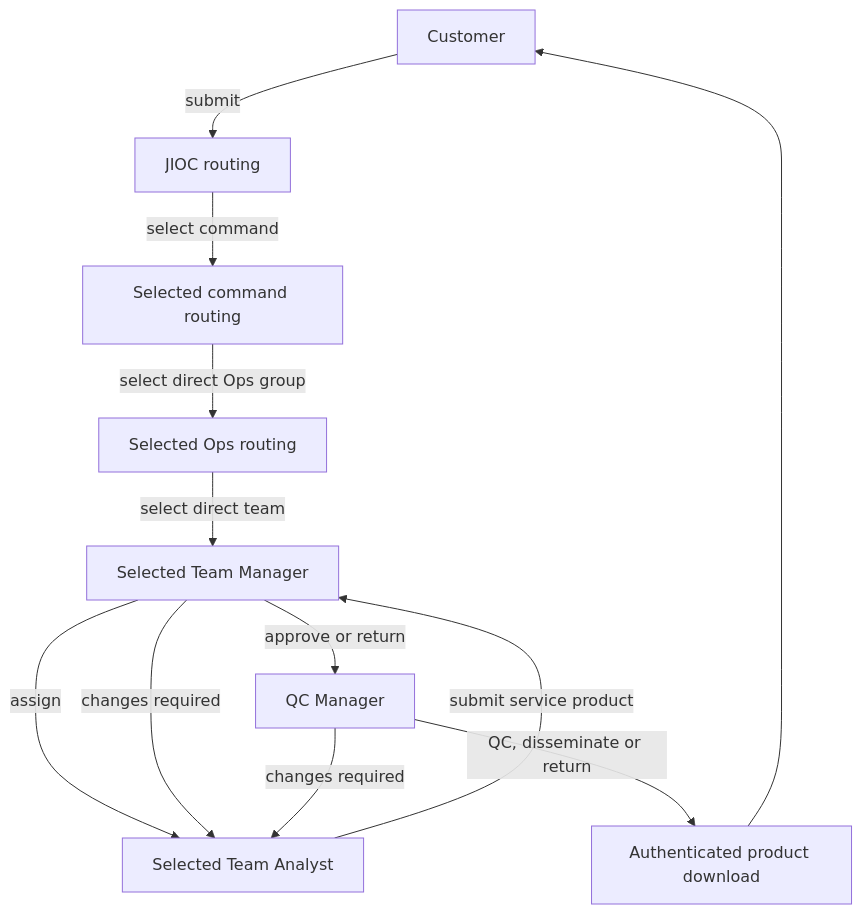
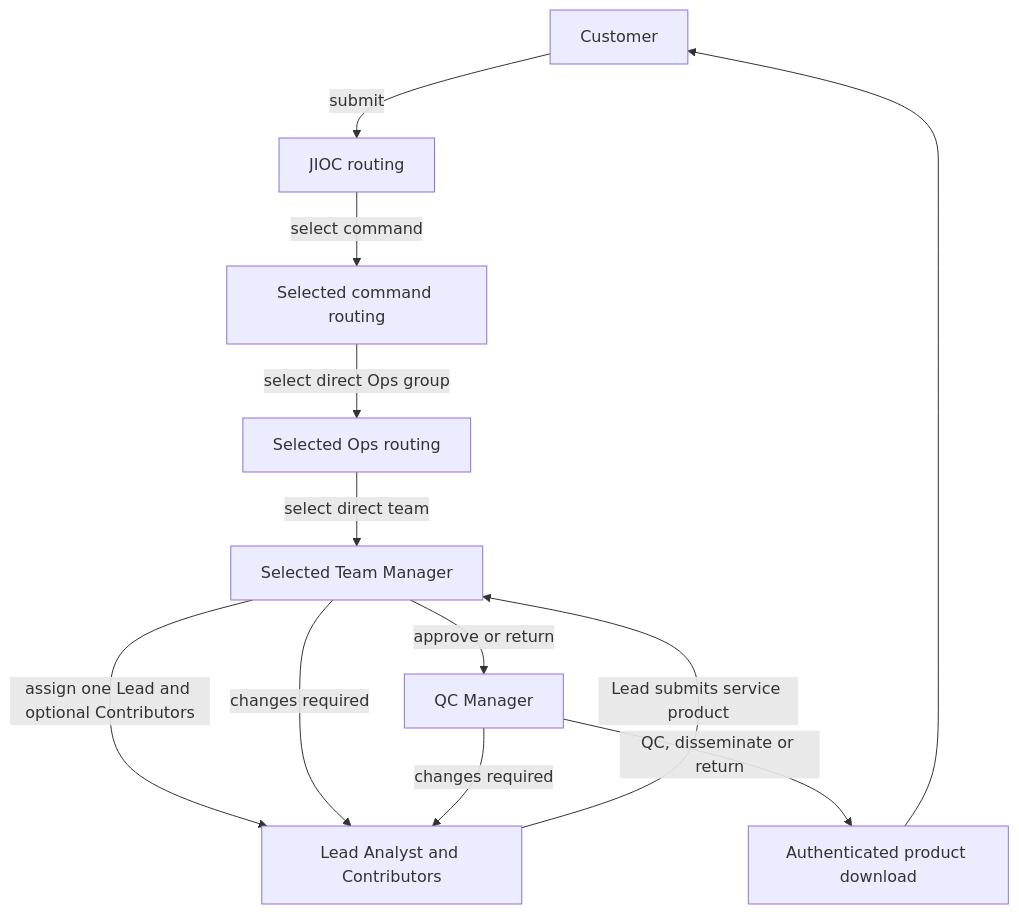
Before and after one commit to ShabalalaWATP/Reon: the diagram in docs/architecture/ORGANISATION_AND_ROUTING.md, drawn with Mermaid. The commit also changed other lines of this file and 280 other files, not shown here.

````diff
--- a/docs/architecture/ORGANISATION_AND_ROUTING.md
+++ b/docs/architecture/ORGANISATION_AND_ROUTING.md
@@ -9,23 +9,23 @@
 ```mermaid
 flowchart TD
   Customer["Customer"]
   JIOC["JIOC routing"]
   Command["Selected command routing"]
   Ops["Selected Ops routing"]
   Manager["Selected Team Manager"]
-  Analyst["Selected Team Analyst"]
+  Analysts["Lead Analyst and Contributors"]
   QC["QC Manager"]
   Link["Authenticated product download"]
 
   Customer -->|"submit"| JIOC
   JIOC -->|"select command"| Command
   Command -->|"select direct Ops group"| Ops
   Ops -->|"select direct team"| Manager
-  Manager -->|"assign"| Analyst
-  Analyst -->|"submit service product"| Manager
+  Manager -->|"assign one Lead and optional Contributors"| Analysts
+  Analysts -->|"Lead submits service product"| Manager
   Manager -->|"approve or return"| QC
   QC -->|"QC, disseminate or return"| Link
   Link --> Customer
-  Manager -->|"changes required"| Analyst
-  QC -->|"changes required"| Analyst
+  Manager -->|"changes required"| Analysts
+  QC -->|"changes required"| Analysts
 ```
````
